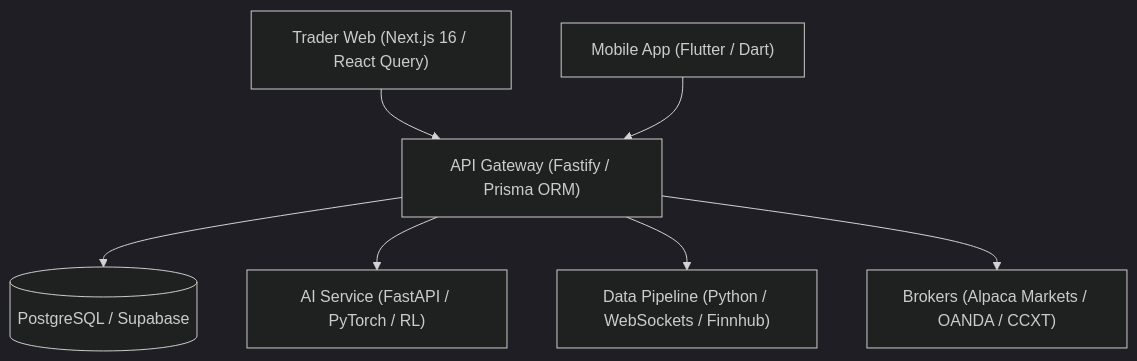
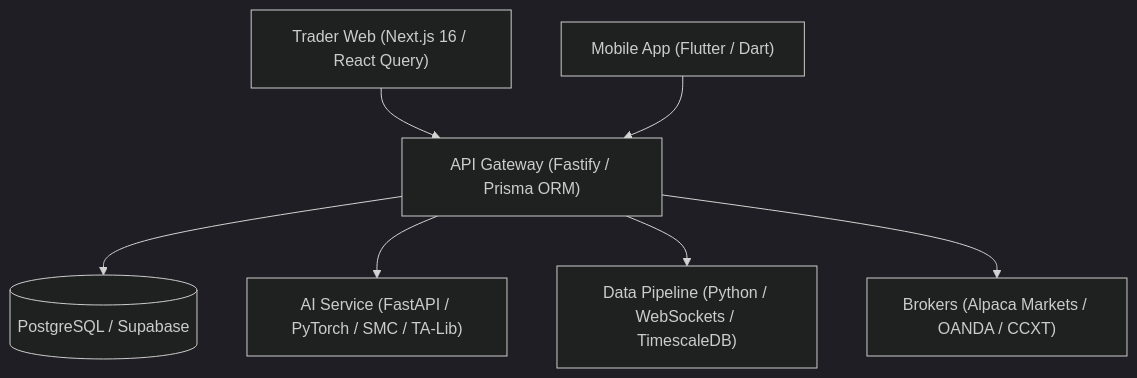
One commit to Quantro-Software-Labs/QuantroApex changed the diagram in README.md. Above: the diagram before and after it, drawn with Mermaid (dark theme). The commit also changed other lines of this file and 7 other files, not shown here.

````diff
--- a/README.md
+++ b/README.md
@@ -11,9 +11,9 @@
 ```mermaid
 graph TD
     ClientWeb["Trader Web (Next.js 16 / React Query)"] --> APIGateway["API Gateway (Fastify / Prisma ORM)"]
     ClientMobile["Mobile App (Flutter / Dart)"] --> APIGateway
     APIGateway --> Database[("PostgreSQL / Supabase")]
-    APIGateway --> AIService["AI Service (FastAPI / PyTorch / RL)"]
-    APIGateway --> DataPipeline["Data Pipeline (Python / WebSockets / Finnhub)"]
+    APIGateway --> AIService["AI Service (FastAPI / PyTorch / SMC / TA-Lib)"]
+    APIGateway --> DataPipeline["Data Pipeline (Python / WebSockets / TimescaleDB)"]
     APIGateway --> Brokers["Brokers (Alpaca Markets / OANDA / CCXT)"]
 ```
````
